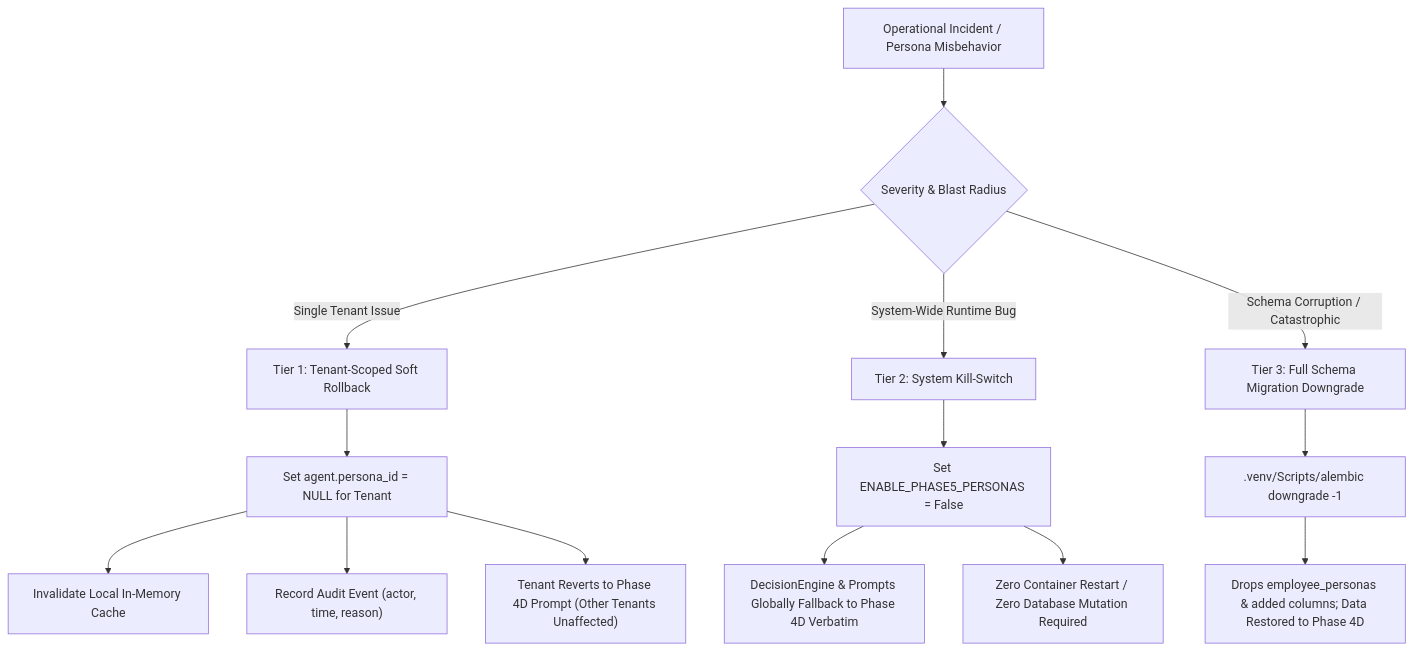
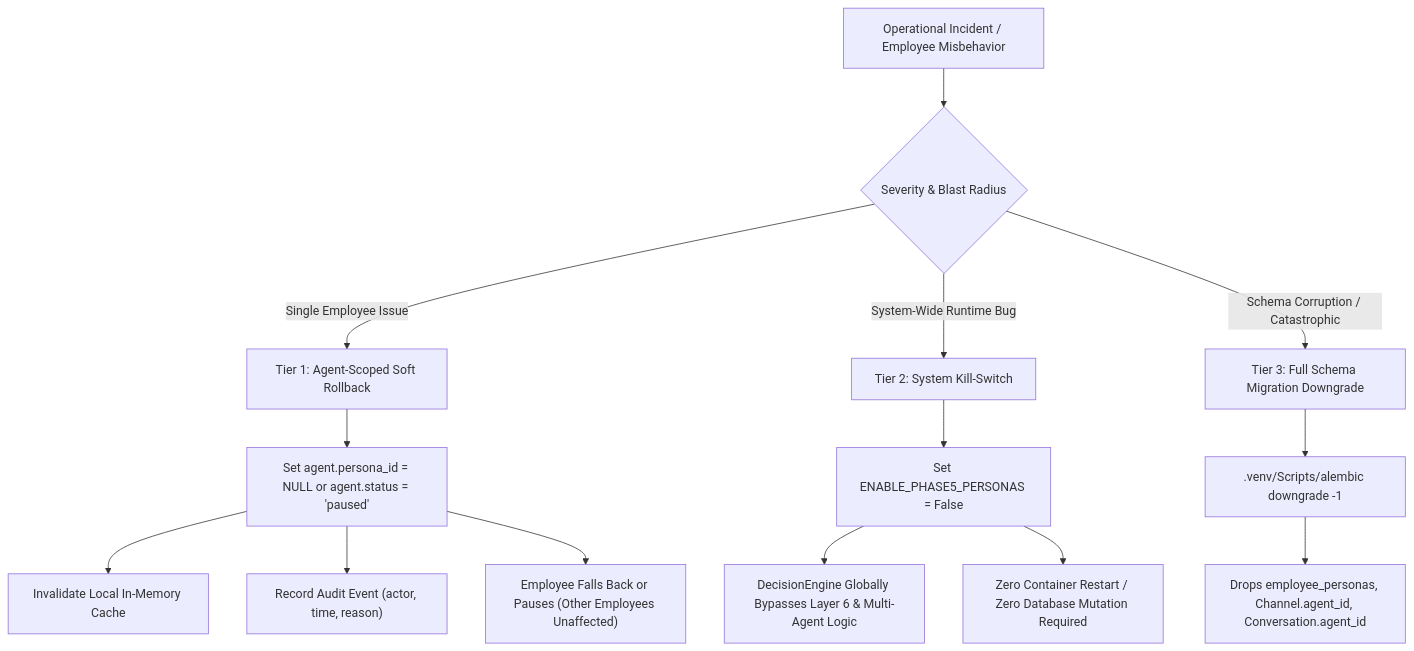
The fifth of 5 diagrams in docs/audit/phase-5/PHASE_5_PROPOSAL.md (QQYC9/ai-employee-platform), drawn with Mermaid before and after one commit. The commit also changed other lines of this file and 5 other files, not shown here.

Commit message:
feat(phase-5): implement Stage 5.1 database schema, persona models, and multi-agent bindings

````diff
--- a/docs/audit/phase-5/PHASE_5_PROPOSAL.md
+++ b/docs/audit/phase-5/PHASE_5_PROPOSAL.md
@@ -630,19 +774,19 @@
 ```mermaid
 flowchart TD
-    FAIL["Operational Incident / Persona Misbehavior"] --> EVAL{"Severity & Blast Radius"}
+    FAIL["Operational Incident / Employee Misbehavior"] --> EVAL{"Severity & Blast Radius"}
 
-    EVAL -->|Single Tenant Issue| TIER1["Tier 1: Tenant-Scoped Soft Rollback"]
-    TIER1 --> T1_ACT["Set agent.persona_id = NULL for Tenant"]
+    EVAL -->|Single Employee Issue| TIER1["Tier 1: Agent-Scoped Soft Rollback"]
+    TIER1 --> T1_ACT["Set agent.persona_id = NULL or agent.status = 'paused'"]
     T1_ACT --> T1_INV["Invalidate Local In-Memory Cache"]
     T1_ACT --> T1_AUD["Record Audit Event (actor, time, reason)"]
-    T1_ACT --> T1_RES["Tenant Reverts to Phase 4D Prompt (Other Tenants Unaffected)"]
+    T1_ACT --> T1_RES["Employee Falls Back or Pauses (Other Employees Unaffected)"]
 
     EVAL -->|System-Wide Runtime Bug| TIER2["Tier 2: System Kill-Switch"]
     TIER2 --> T2_ACT["Set ENABLE_PHASE5_PERSONAS = False"]
-    T2_ACT --> T2_RES["DecisionEngine & Prompts Globally Fallback to Phase 4D Verbatim"]
+    T2_ACT --> T2_RES["DecisionEngine Globally Bypasses Layer 6 & Multi-Agent Logic"]
     T2_ACT --> T2_ZERO["Zero Container Restart / Zero Database Mutation Required"]
 
     EVAL -->|Schema Corruption / Catastrophic| TIER3["Tier 3: Full Schema Migration Downgrade"]
     TIER3 --> T3_ACT[".venv/Scripts/alembic downgrade -1"]
-    T3_ACT --> T3_RES["Drops employee_personas & added columns; Data Restored to Phase 4D"]
+    T3_ACT --> T3_RES["Drops employee_personas, Channel.agent_id, Conversation.agent_id"]
 ```
````
